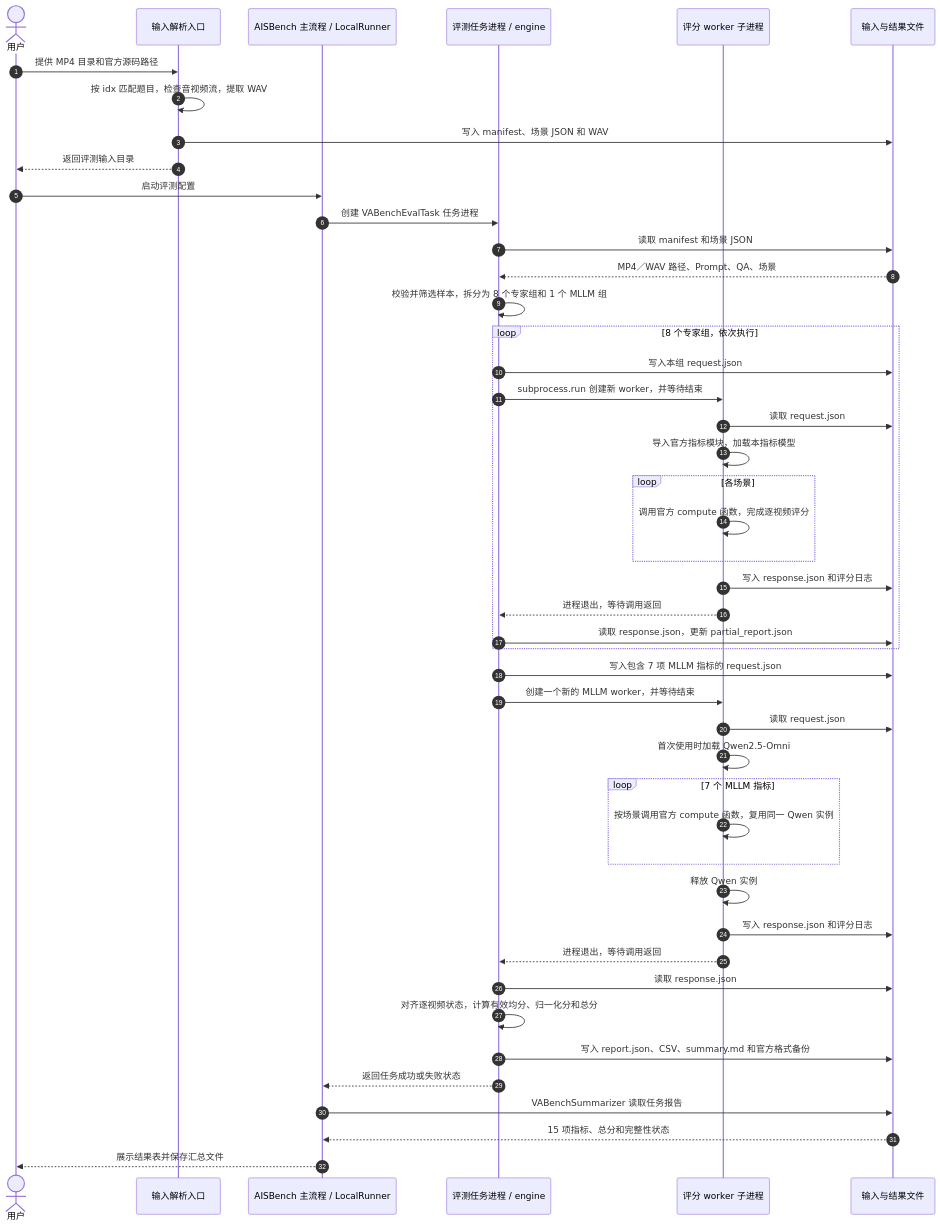
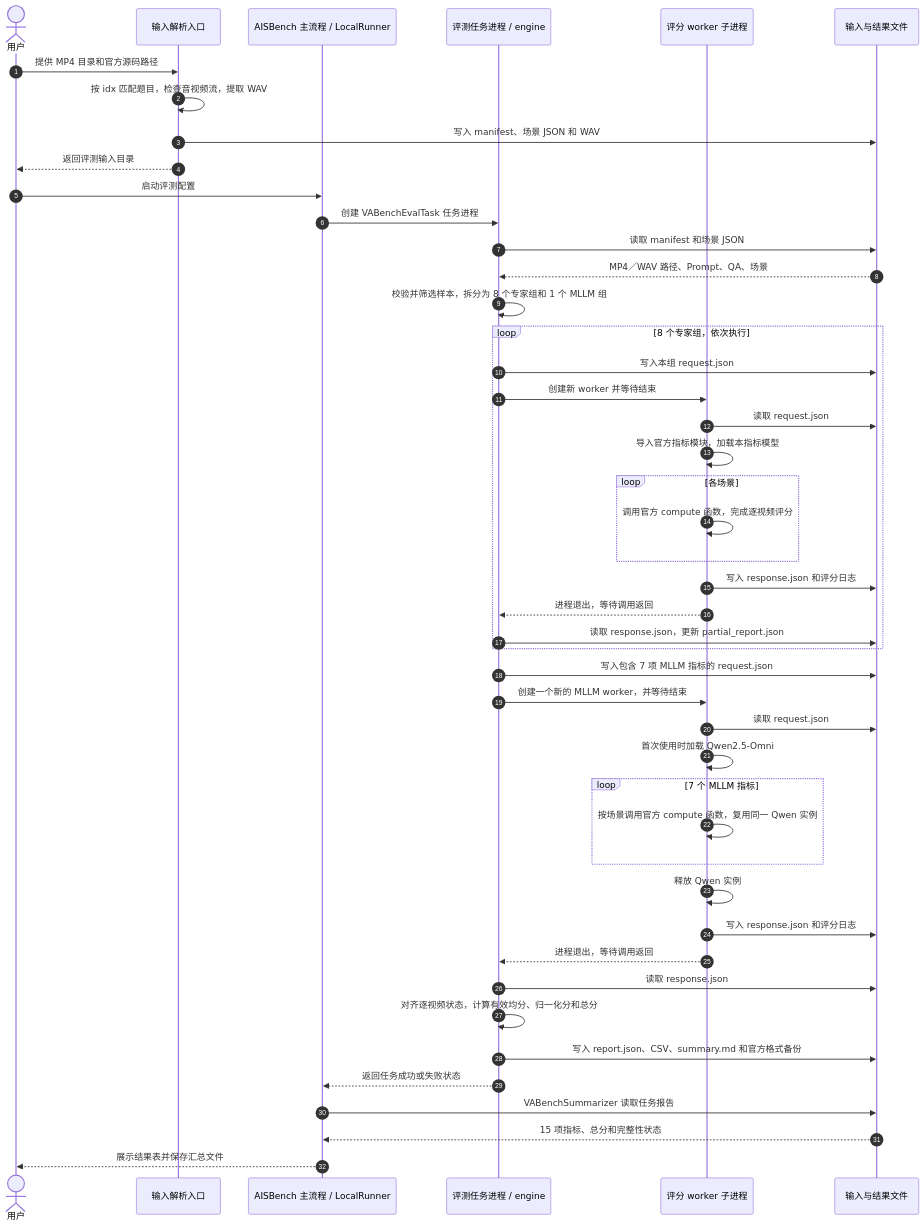
The second of 2 diagrams in docs/source_zh_cn/extended_benchmark/lmm_generate/vabench.md (AISBench/benchmark), drawn with Mermaid before and after one commit. The commit also changed other lines of this file and 1 other file, not shown here.

````diff
--- a/docs/source_zh_cn/extended_benchmark/lmm_generate/vabench.md
+++ b/docs/source_zh_cn/extended_benchmark/lmm_generate/vabench.md
@@ -745,53 +747,53 @@
 ```mermaid
 sequenceDiagram
     autonumber
     actor U as 用户
     participant P as 输入解析入口
     participant R as AISBench 主流程 / LocalRunner
     participant T as 评测任务进程 / engine
     participant W as 评分 worker 子进程
     participant F as 输入与结果文件
 
     U->>P: 提供 MP4 目录和官方源码路径
     P->>P: 按 idx 匹配题目，检查音视频流，提取 WAV
     P->>F: 写入 manifest、场景 JSON 和 WAV
     P-->>U: 返回评测输入目录
 
     U->>R: 启动评测配置
     R->>T: 创建 VABenchEvalTask 任务进程
     T->>F: 读取 manifest 和场景 JSON
     F-->>T: MP4／WAV 路径、Prompt、QA、场景
     T->>T: 校验并筛选样本，拆分为 8 个专家组和 1 个 MLLM 组
 
     loop 8 个专家组，依次执行
         T->>F: 写入本组 request.json
-        T->>W: subprocess.run 创建新 worker，并等待结束
+        T->>W: 创建新 worker 并等待结束
         W->>F: 读取 request.json
         W->>W: 导入官方指标模块，加载本指标模型
         loop 各场景
             W->>W: 调用官方 compute 函数，完成逐视频评分
         end
         W->>F: 写入 response.json 和评分日志
         W-->>T: 进程退出，等待调用返回
         T->>F: 读取 response.json，更新 partial_report.json
     end
 
     T->>F: 写入包含 7 项 MLLM 指标的 request.json
     T->>W: 创建一个新的 MLLM worker，并等待结束
     W->>F: 读取 request.json
     W->>W: 首次使用时加载 Qwen2.5-Omni
     loop 7 个 MLLM 指标
         W->>W: 按场景调用官方 compute 函数，复用同一 Qwen 实例
     end
     W->>W: 释放 Qwen 实例
     W->>F: 写入 response.json 和评分日志
     W-->>T: 进程退出，等待调用返回
     T->>F: 读取 response.json
 
     T->>T: 对齐逐视频状态，计算有效均分、归一化分和总分
     T->>F: 写入 report.json、CSV、summary.md 和官方格式备份
     T-->>R: 返回任务成功或失败状态
     R->>F: VABenchSummarizer 读取任务报告
     F-->>R: 15 项指标、总分和完整性状态
     R-->>U: 展示结果表并保存汇总文件
 ```
````
